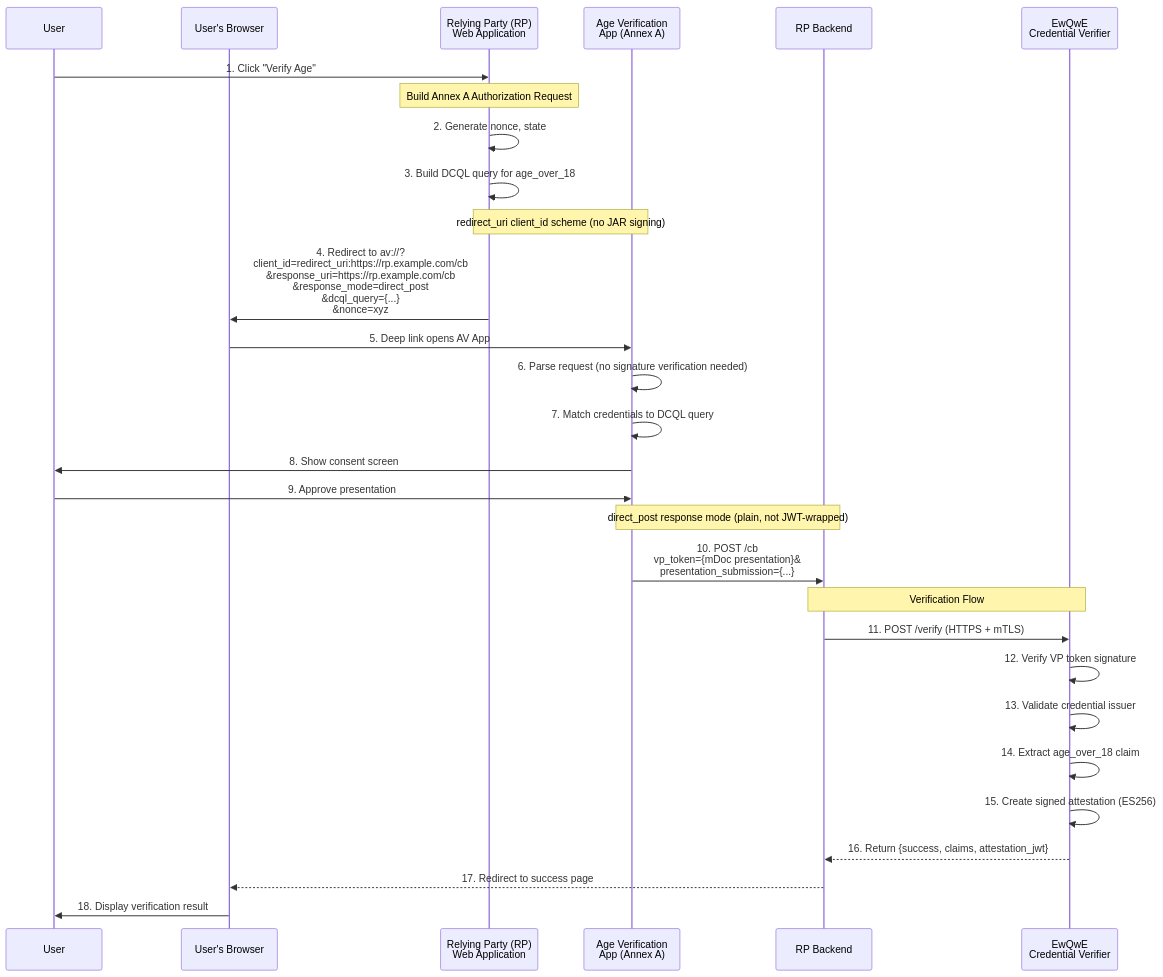
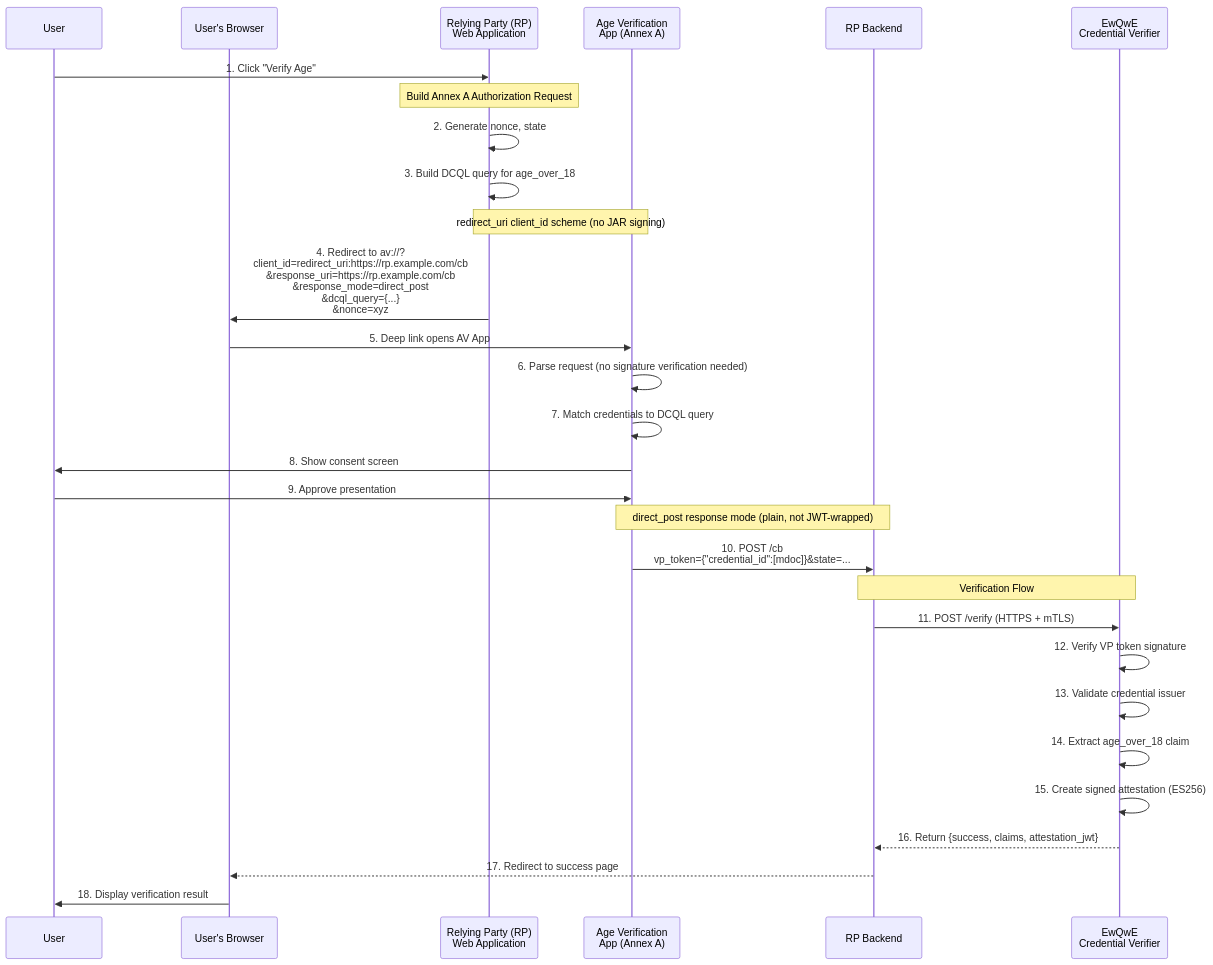
One commit to rd-ewqwe/ewqwe-identity changed the first of 3 diagrams in documentation/src/user-journey.md. Above: the diagram before and after it, drawn with Mermaid. The commit also changed other lines of this file and 12 other files, not shown here.

Commit message:
av full flow

````diff
--- a/documentation/src/user-journey.md
+++ b/documentation/src/user-journey.md
@@ -50,38 +50,38 @@
 ```mermaid
 sequenceDiagram
     participant User
     participant Browser as User's Browser
     participant WebappUI as Relying Party (RP)<br/>Web Application
     participant AVI as Age Verification<br/>App (Annex A)
     participant Backend as RP Backend
     participant Verifier as EwQwE<br/>Credential Verifier
 
     User->>WebappUI: 1. Click "Verify Age"
     
     Note over WebappUI: Build Annex A Authorization Request
     WebappUI->>WebappUI: 2. Generate nonce, state
     WebappUI->>WebappUI: 3. Build DCQL query for age_over_18
     
     Note over WebappUI,AVI: redirect_uri client_id scheme (no JAR signing)
     WebappUI->>Browser: 4. Redirect to av://?<br/>client_id=redirect_uri:https://rp.example.com/cb<br/>&response_uri=https://rp.example.com/cb<br/>&response_mode=direct_post<br/>&dcql_query={...}<br/>&nonce=xyz
     
     Browser->>AVI: 5. Deep link opens AV App
     AVI->>AVI: 6. Parse request (no signature verification needed)
     AVI->>AVI: 7. Match credentials to DCQL query
     AVI->>User: 8. Show consent screen
     User->>AVI: 9. Approve presentation
     
     Note over AVI,Backend: direct_post response mode (plain, not JWT-wrapped)
-    AVI->>Backend: 10. POST /cb<br/>vp_token={mDoc presentation}&<br/>presentation_submission={...}
+    AVI->>Backend: 10. POST /cb<br/>vp_token={"credential_id":[mdoc]}&state=...
     
     Note over Backend,Verifier: Verification Flow
     Backend->>Verifier: 11. POST /verify (HTTPS + mTLS)
     Verifier->>Verifier: 12. Verify VP token signature
     Verifier->>Verifier: 13. Validate credential issuer
     Verifier->>Verifier: 14. Extract age_over_18 claim
     Verifier->>Verifier: 15. Create signed attestation (ES256)
     Verifier-->>Backend: 16. Return {success, claims, attestation_jwt}
     
     Backend-->>Browser: 17. Redirect to success page
     Browser->>User: 18. Display verification result
 ```
````
